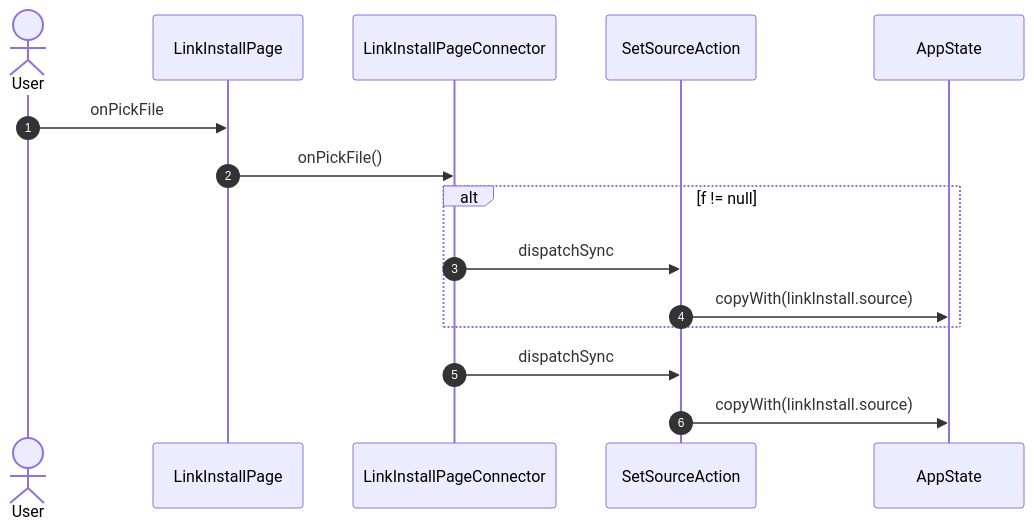
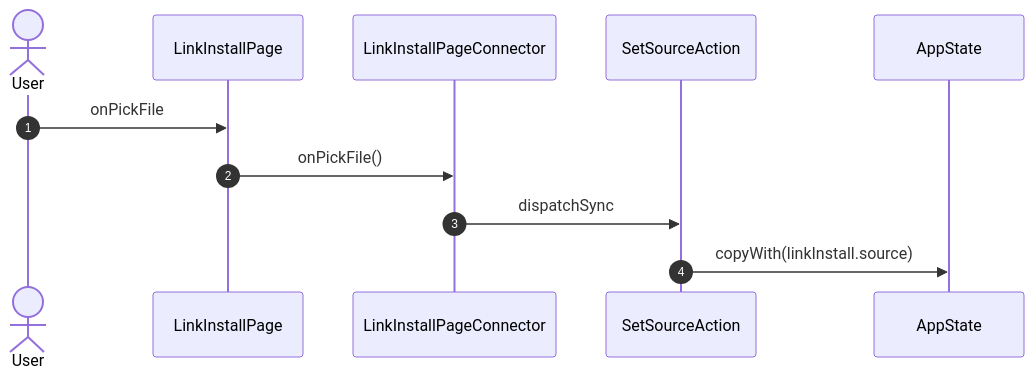
One commit to gencto/wyrm changed the ninth of 15 diagrams in studio/docs/flows/linkInstall.md. Above: the diagram before and after it, drawn with Mermaid. The commit also changed other lines of this file and 43 other files, not shown here.

````diff
--- a/studio/docs/flows/linkInstall.md
+++ b/studio/docs/flows/linkInstall.md
@@ -155,18 +155,14 @@
 ```mermaid
 sequenceDiagram
     autonumber
     actor User
     participant UI as LinkInstallPage
     participant VM as LinkInstallPageConnector
     participant A1 as SetSourceAction
     participant ST as AppState
 
     User->>UI: onPickFile
     UI->>VM: onPickFile()
-    alt f != null
-        VM->>A1: dispatchSync
-        A1->>ST: copyWith(linkInstall.source)
-    end
     VM->>A1: dispatchSync
     A1->>ST: copyWith(linkInstall.source)
 ```
````
